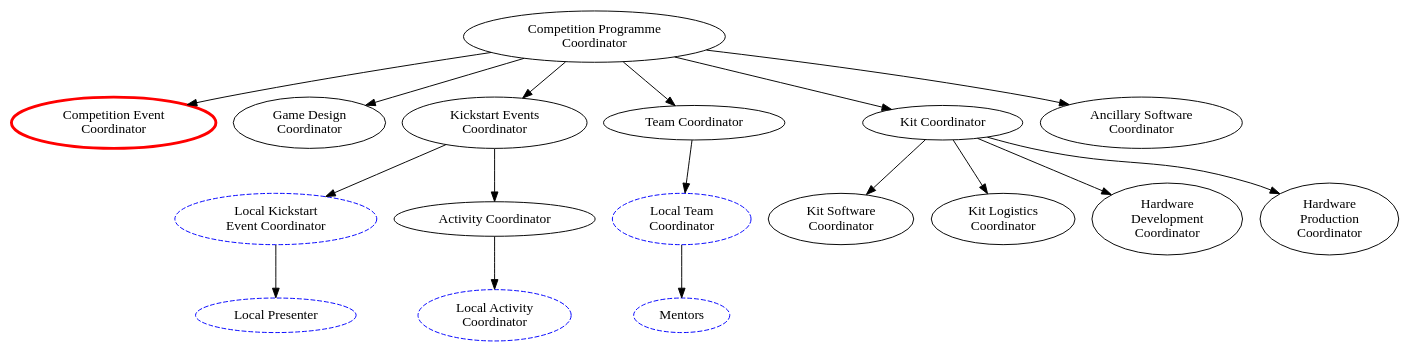
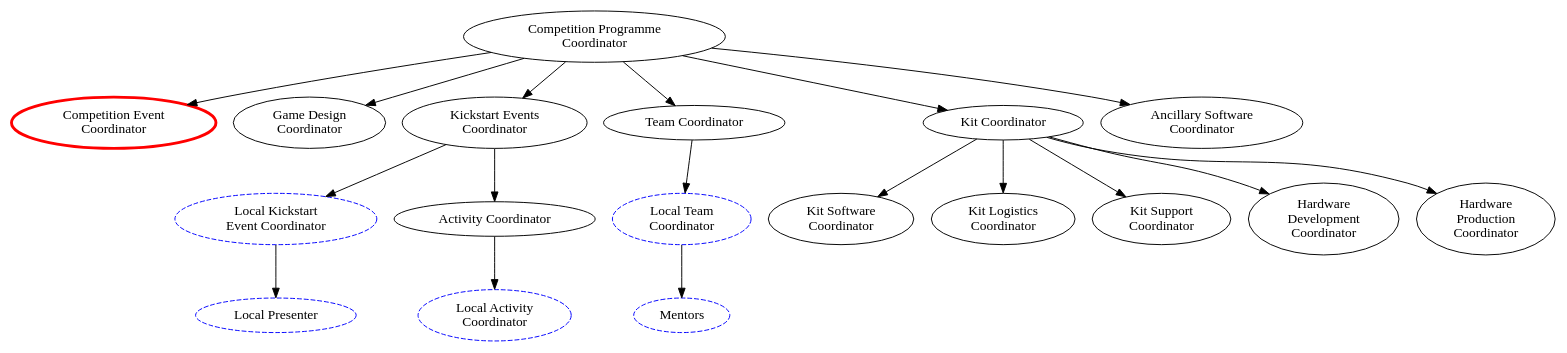
The diagram in org-chart/comp-prog.dot (Adimote/legacy-ops-manual), drawn with Graphviz before and after one commit. The commit also changed 2 other files, not shown here.

Commit message:
Add Kit Support Coordinator role
Fixes #65.

```diff
--- a/org-chart/comp-prog.dot
+++ b/org-chart/comp-prog.dot
@@ -1,49 +1,50 @@
 digraph {
 	####### Node declarations
 	comp_prog_coord [label="Competition Programme\nCoordinator" email="competition-program@studentrobotics.org"];
 	
 	# Competition Coordinator Subordinates
 	comp_event_coord [label="Competition Event\nCoordinator" color=red penwidth=3 rolesexclude=true]; // Email and tel defined in comp-event.dot
 	game_design_coord [label="Game Design\nCoordinator" email="game-design@studentrobotics.org"];
 	kickstart_event_coord [label="Kickstart Events\nCoordinator" email="kickstart@studentrobotics.org"];
 	team_coord [label="Team Coordinator" email="teams@studentrobotics.org"];
 	kit_coord [label="Kit Coordinator" email="kit@studentrobotics.org"];
 	ancillary_sw_coord [label="Ancillary Software\nCoordinator" email="ancillary-software@studentrobotics.org"];
 	
 	### Fourth Level
 	
 	# Kickstart Event Coordinator Subordinates
 	local_ks_event_coord[label="Local Kickstart\nEvent Coordinator" color=blue style=dashed contactsexclude=true];
 	activity_coord[label="Activity Coordinator" email="activity@studentrobotics.org"]
 
 	local_activity_coord[label="Local Activity\nCoordinator" color=blue style=dashed contactsexclude=true];
 	local_team_coord[label="Local Team\nCoordinator" color=blue style=dashed contactsexclude=true];
 
 	# Kit Coordinator Subordinates
 	kit_sw_coord[label="Kit Software\nCoordinator" email="kit-software@studentrobotics.org"];
 	kit_logistics_coord[label="Kit Logistics\nCoordinator" email="logistics@studentrobotics.org"];
+	kit_support_coord[label="Kit Support\nCoordinator" email="kit-support@studentrobotics.org"];
 
 	# Hardware Coordinator Subordinates
 	hw_dev_coord[label="Hardware\nDevelopment\nCoordinator" email="hardware-dev@studentrobotics.org"];
 	hw_prod_coord[label="Hardware\nProduction\nCoordinator" email="hardware-production@studentrobotics.org"];
 	
 	### Fifth Level
 	local_presenter[label="Local Presenter" color=blue style=dashed contactsexclude=true];
 	
 	mentors[label="Mentors" color=blue style=dashed contactsexclude=true];
 	
 	
 	###### Connections between nodes
 	
 	comp_prog_coord -> { comp_event_coord game_design_coord kickstart_event_coord team_coord kit_coord ancillary_sw_coord };
 	
 	kickstart_event_coord -> { local_ks_event_coord activity_coord };
 		
 	activity_coord -> local_activity_coord;
 	local_ks_event_coord -> { local_presenter };
 		
 	team_coord -> local_team_coord;
 	local_team_coord -> mentors;
 		
-	kit_coord -> { hw_dev_coord hw_prod_coord kit_sw_coord kit_logistics_coord};
+	kit_coord -> { hw_dev_coord hw_prod_coord kit_sw_coord kit_logistics_coord kit_support_coord};
 }
```
